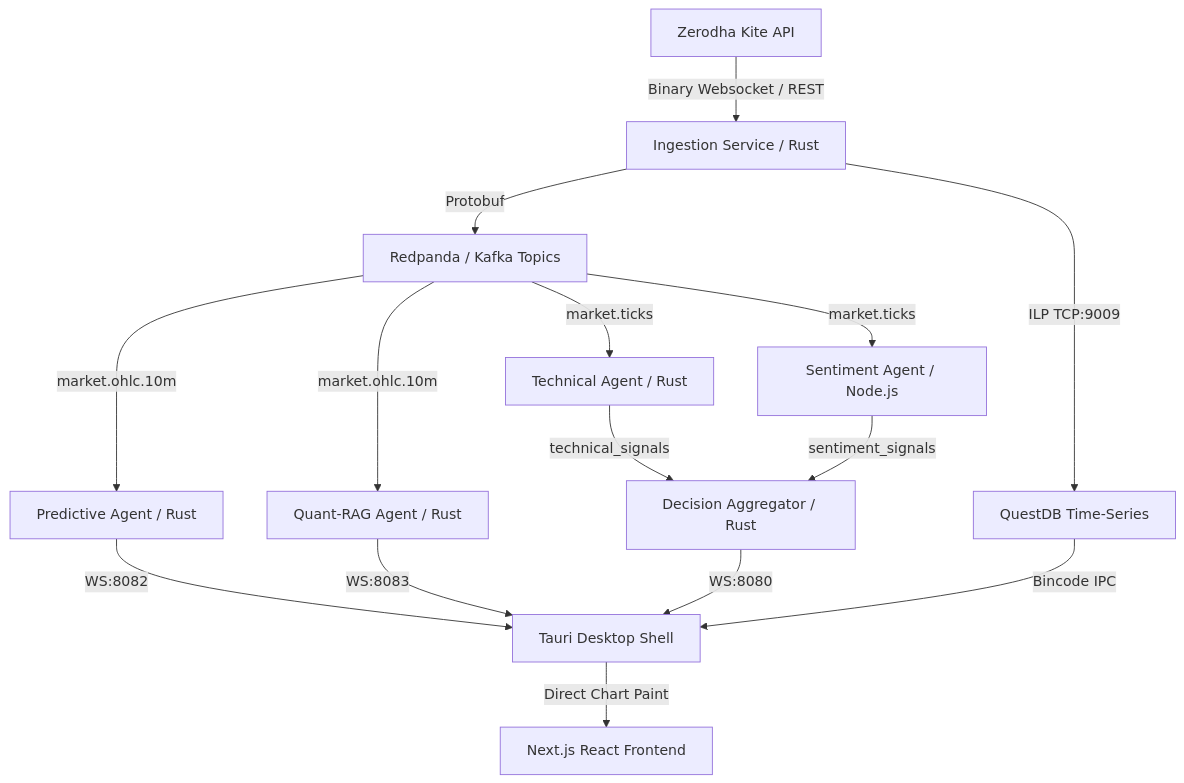
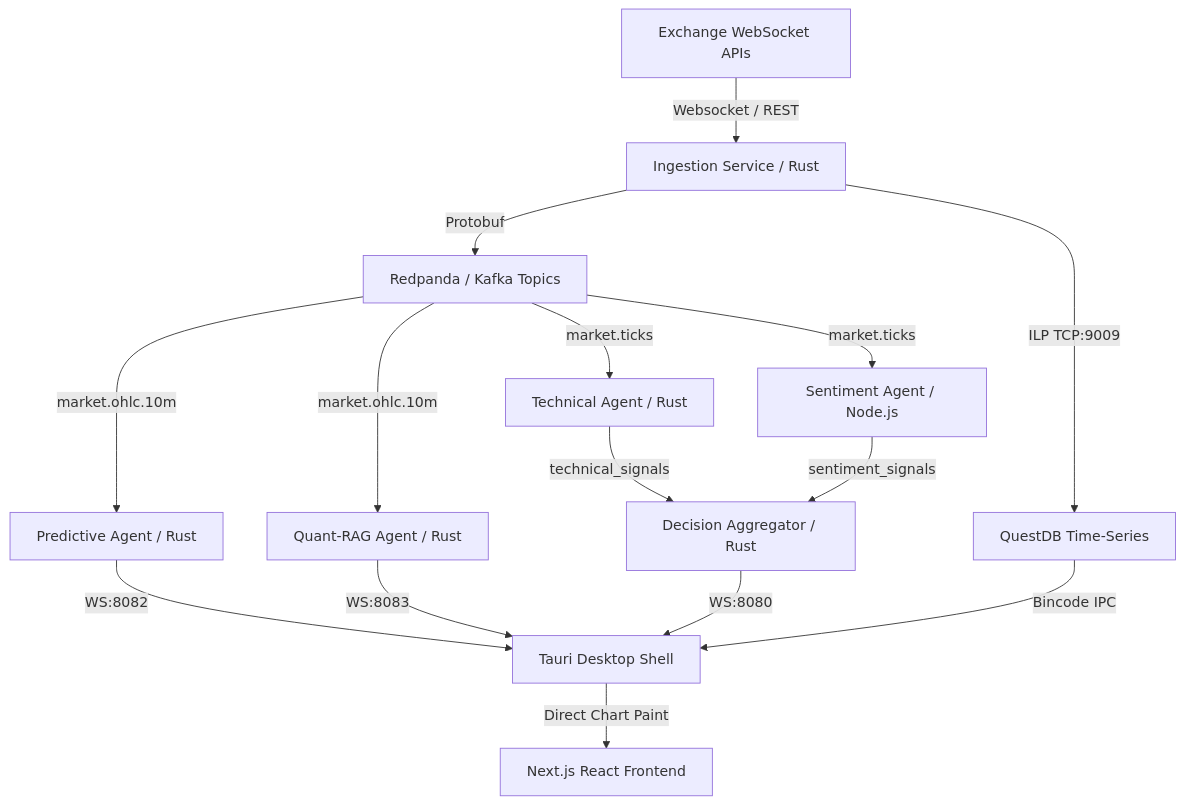
Before and after one commit to yash-rana0101/crypto-strat: the diagram in README.md, drawn with Mermaid. The commit also changed other lines of this file and 53 other files, not shown here.

````diff
--- a/README.md
+++ b/README.md
@@ -40,21 +40,21 @@
 ```mermaid
 graph TD
-    Kite[Zerodha Kite API] -->|Binary Websocket / REST| Ingest[Ingestion Service / Rust]
+    Exchange[Exchange WebSocket APIs] -->|Websocket / REST| Ingest[Ingestion Service / Rust]
     Ingest -->|ILP TCP:9009| QuestDB[QuestDB Time-Series]
     Ingest -->|Protobuf| Redpanda[Redpanda / Kafka Topics]
 
     Redpanda -->|market.ticks| TechAgent[Technical Agent / Rust]
     Redpanda -->|market.ticks| SentAgent[Sentiment Agent / Node.js]
     Redpanda -->|market.ohlc.10m| PredAgent[Predictive Agent / Rust]
     Redpanda -->|market.ohlc.10m| RAGAgent[Quant-RAG Agent / Rust]
 
     TechAgent -->|technical_signals| Aggregator[Decision Aggregator / Rust]
     SentAgent -->|sentiment_signals| Aggregator
 
     PredAgent -->|WS:8082| Tauri[Tauri Desktop Shell]
     RAGAgent -->|WS:8083| Tauri
     Aggregator -->|WS:8080| Tauri
 
     QuestDB -->|Bincode IPC| Tauri
     Tauri -->|Direct Chart Paint| UI[Next.js React Frontend]
 ```
````
